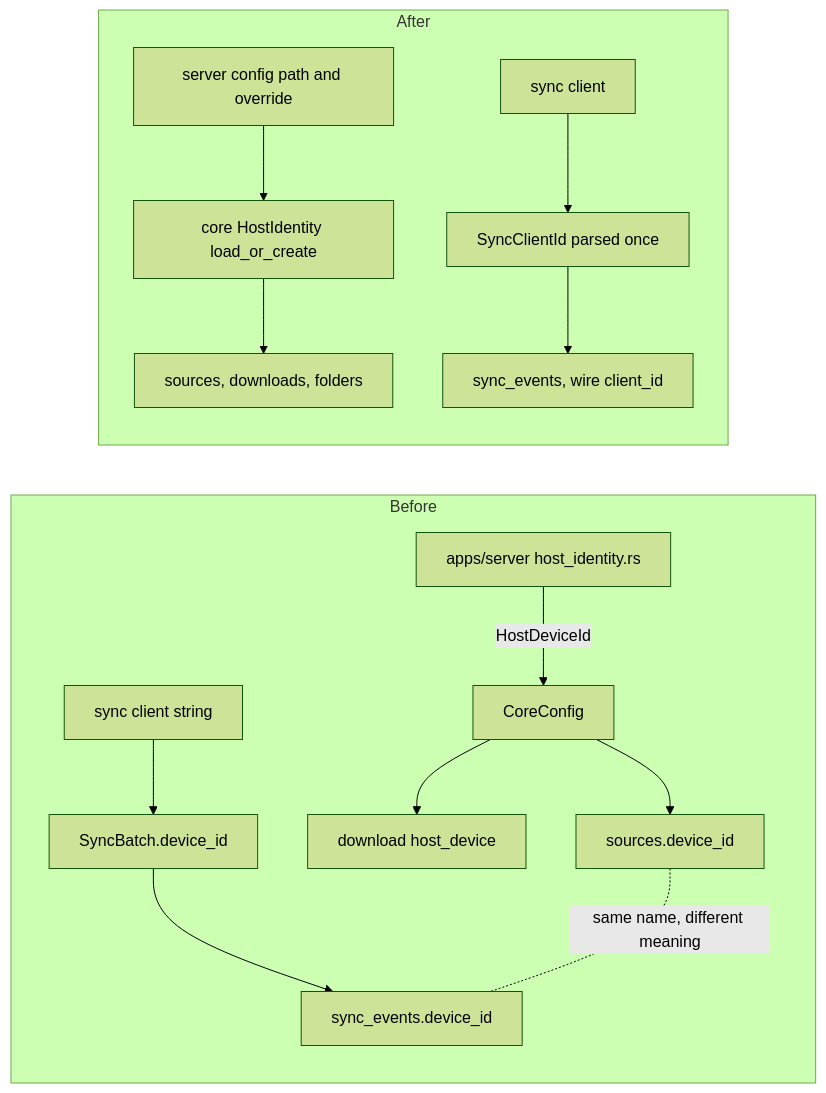
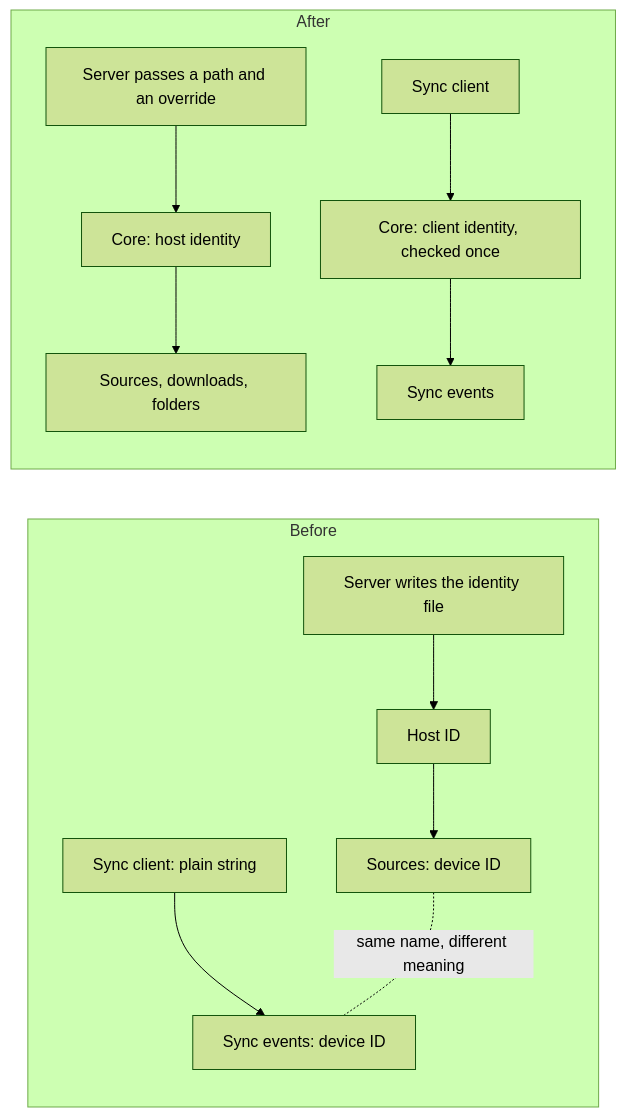
Before and after one commit to acidiney/hitoapp: the diagram in docs/rfcs/0004-host-and-sync-client-identity.md, drawn with Mermaid (forest theme). The commit also changed other lines of this file and 4 other files, not shown here.

````diff
--- a/docs/rfcs/0004-host-and-sync-client-identity.md
+++ b/docs/rfcs/0004-host-and-sync-client-identity.md
@@ -111,17 +58,15 @@
 ```mermaid
 flowchart LR
   subgraph Before
-    S1[apps/server host_identity.rs] -->|HostDeviceId| Core1[CoreConfig]
-    Core1 --> Src1[sources.device_id]
-    Core1 --> Dl1[download host_device]
-    Cli1[sync client string] --> Sync1[SyncBatch.device_id]
-    Sync1 --> Ev1[sync_events.device_id]
+    S1[Server writes the identity file] --> H1[Host ID]
+    H1 --> Src1[Sources: device ID]
+    C1[Sync client: plain string] --> Ev1[Sync events: device ID]
     Src1 -.same name, different meaning.- Ev1
   end
   subgraph After
-    S2[server config path and override] --> HI[core HostIdentity load_or_create]
-    HI --> Src2[sources, downloads, folders]
-    Cli2[sync client] --> SC[SyncClientId parsed once]
-    SC --> Ev2[sync_events, wire client_id]
+    S2[Server passes a path and an override] --> HI[Core: host identity]
+    HI --> Src2[Sources, downloads, folders]
+    C2[Sync client] --> SC[Core: client identity, checked once]
+    SC --> Ev2[Sync events]
   end
 ```
````
